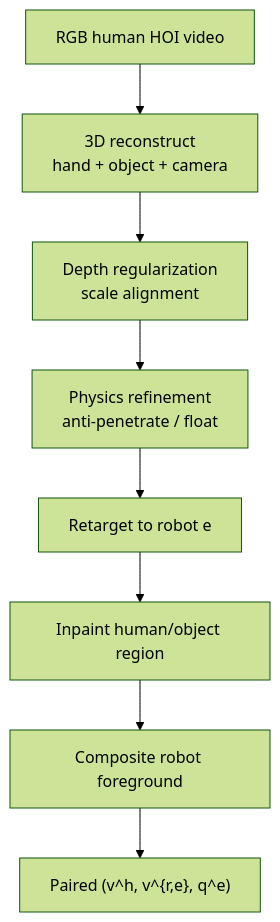
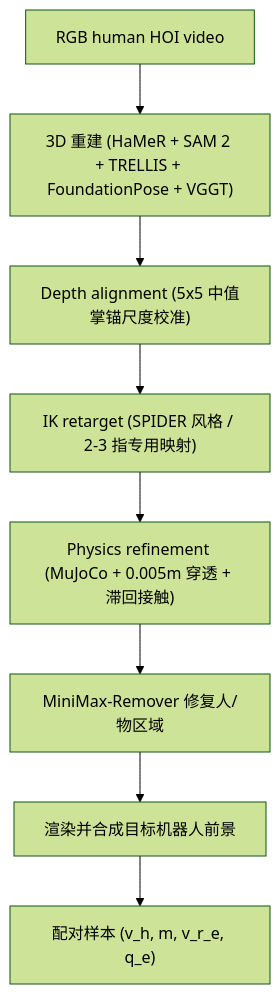
Before and after one commit to ImChong/Robotics_Notebooks: the first of 2 diagrams in wiki/entities/paper-roboedit.md, drawn with Mermaid (forest theme). The commit also changed other lines of this file and 192 other files, not shown here.

Commit message:
[2026-11-14] ingest | roadmap/depth-vla.md — 补齐 VLA 纵深路线全部节点原文证据与满分健康度

````diff
--- a/wiki/entities/paper-roboedit.md
+++ b/wiki/entities/paper-roboedit.md
@@ -61,13 +75,12 @@
 ```mermaid
 flowchart TB
   rgb["RGB human HOI video"]
-  recon["3D reconstruct\nhand + object + camera"]
-  depth["Depth regularization\nscale alignment"]
-  phys["Physics refinement\nanti-penetrate / float"]
-  retarget["Retarget to robot e"]
-  inpaint["Inpaint human/object region"]
-  render["Composite robot foreground"]
-  pair["Paired (v^h, v^{r,e}, q^e)"]
-  rgb --> recon --> depth --> phys --> retarget
-  retarget --> inpaint --> render --> pair
+  recon["3D 重建 (HaMeR + SAM 2 + TRELLIS + FoundationPose + VGGT)"]
+  depth["Depth alignment (5x5 中值掌锚尺度校准)"]
+  phys["Physics refinement (MuJoCo + 0.005m 穿透 + 滞回接触)"]
+  retarget["IK retarget (SPIDER 风格 / 2-3 指专用映射)"]
+  inpaint["MiniMax-Remover 修复人/物区域"]
+  render["渲染并合成目标机器人前景"]
+  pair["配对样本 (v_h, m, v_r_e, q_e)"]
+  rgb --> recon --> depth --> retarget --> phys --> inpaint --> render --> pair
 ```
````
